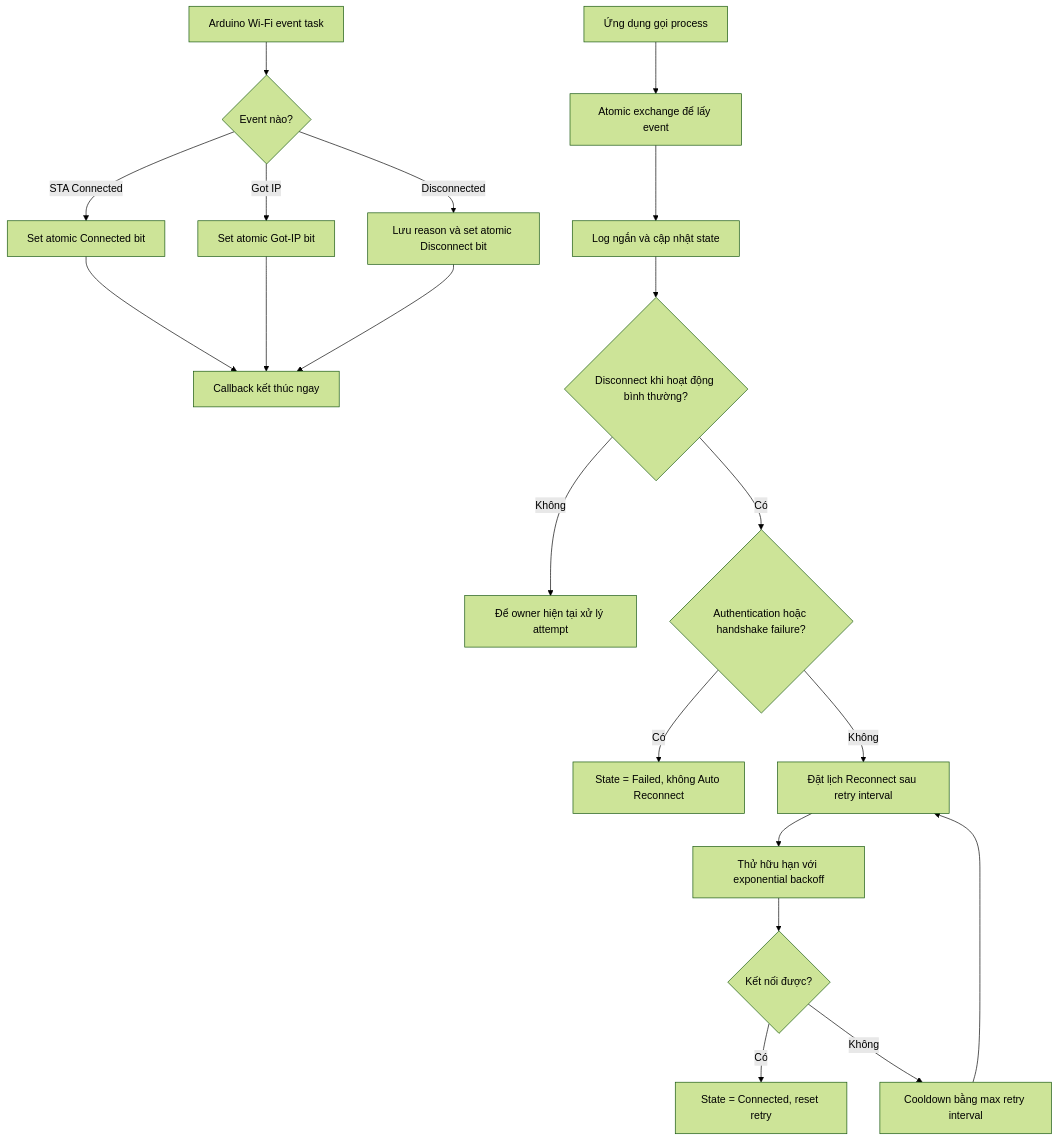
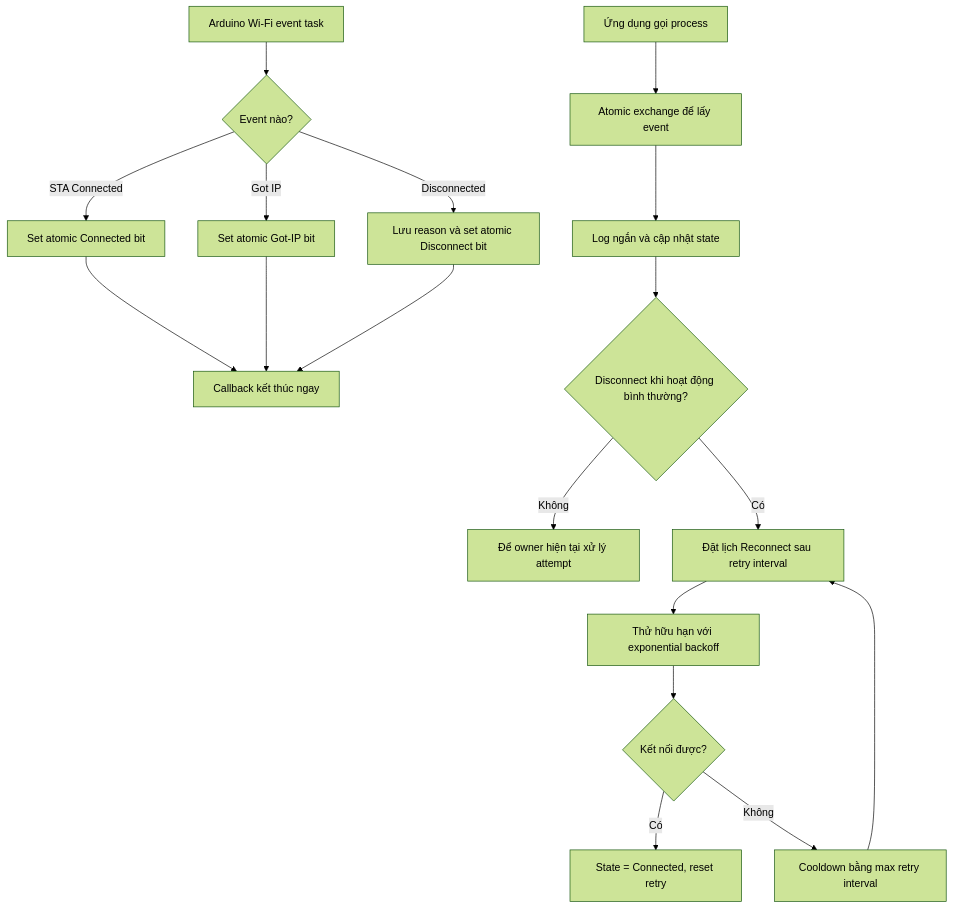
One commit to NguyenHien-8/ESP32WiFiPortal changed the fifth of 7 diagrams in docs/FlowChart.md. Above: the diagram before and after it, drawn with Mermaid (forest theme). The commit also changed other lines of this file and 4 other files, not shown here.

````diff
--- a/docs/FlowChart.md
+++ b/docs/FlowChart.md
@@ -107,22 +111,20 @@
 ```mermaid
 flowchart TD
     A[Arduino Wi-Fi event task] --> B{Event nào?}
     B -- STA Connected --> C[Set atomic Connected bit]
     B -- Got IP --> D[Set atomic Got-IP bit]
     B -- Disconnected --> E[Lưu reason và set atomic Disconnect bit]
     C --> F[Callback kết thúc ngay]
     D --> F
     E --> F
     G[Ứng dụng gọi process] --> H[Atomic exchange để lấy event]
     H --> I[Log ngắn và cập nhật state]
     I --> J{Disconnect khi hoạt động bình thường?}
     J -- Không --> K[Để owner hiện tại xử lý attempt]
-    J -- Có --> L{Authentication hoặc handshake failure?}
-    L -- Có --> M[State = Failed, không Auto Reconnect]
-    L -- Không --> N[Đặt lịch Reconnect sau retry interval]
+    J -- Có --> N[Đặt lịch Reconnect sau retry interval]
     N --> O[Thử hữu hạn với exponential backoff]
     O --> P{Kết nối được?}
     P -- Có --> Q[State = Connected, reset retry]
     P -- Không --> R[Cooldown bằng max retry interval]
     R --> N
 ```
````
